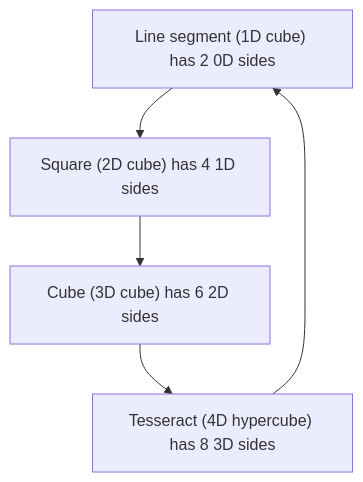
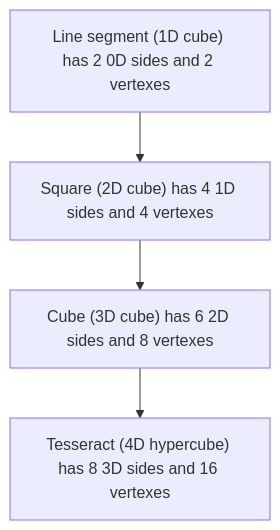
Before and after one commit to CopperStairs/4D_Render: the diagram in README.md, drawn with Mermaid. The commit also changed other lines of this file and 1 other file, not shown here.

````diff
--- a/README.md
+++ b/README.md
@@ -23,8 +27,8 @@
 ```mermaid
 flowchart TD
-    line_segment["Line segment (1D cube) has 2 0D sides"]
-    square["Square (2D cube) has 4 1D sides"]
-    cube["Cube (3D cube) has 6 2D sides"]
-    tesseract["Tesseract (4D hypercube) has 8 3D sides"]
-    line_segment --> square --> cube --> tesseract --> line_segment
+    line_segment["Line segment (1D cube) has 2 0D sides and 2 vertexes"]
+    square["Square (2D cube) has 4 1D sides and 4 vertexes"]
+    cube["Cube (3D cube) has 6 2D sides and 8 vertexes"]
+    tesseract["Tesseract (4D hypercube) has 8 3D sides and 16 vertexes"]
+    line_segment --> square --> cube --> tesseract
 ```
````
